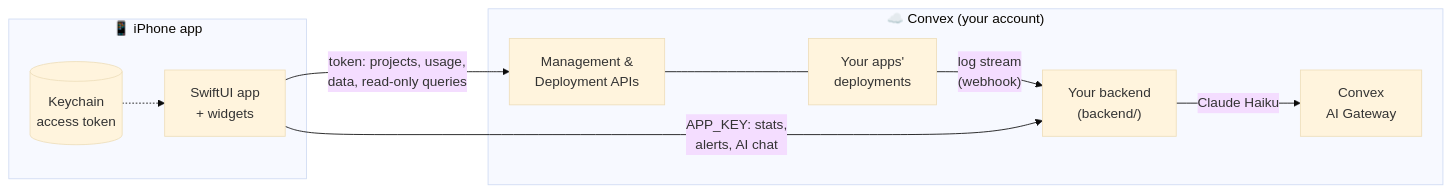
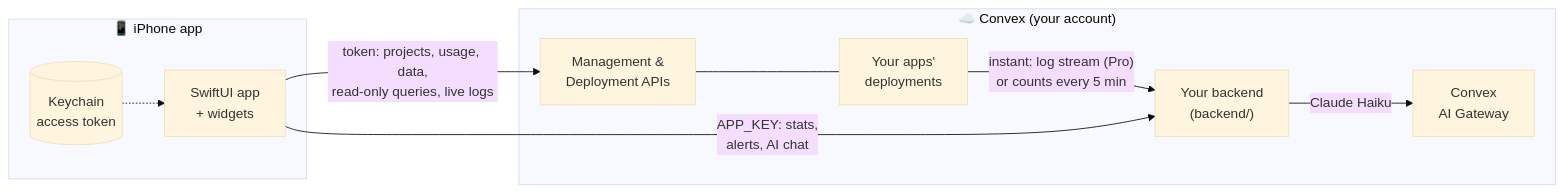
One commit to Jdanielcode1/appstract changed the first of 3 diagrams in README.md. Above: the diagram before and after it, drawn with Mermaid (base theme). The commit also changed other lines of this file and 30 other files, not shown here.

First line of the commit message:
Monitoring on any Convex plan, Live Logs, widget call charts

````diff
--- a/README.md
+++ b/README.md
@@ -11,21 +11,21 @@
 ```mermaid
 flowchart LR
     subgraph Phone["📱 iPhone app"]
         App["SwiftUI app<br/>+ widgets"]
         KC[("Keychain<br/>access token")]
     end
 
     subgraph Convex["☁️ Convex (your account)"]
         API["Management &<br/>Deployment APIs"]
         Apps["Your apps'<br/>deployments"]
         BE["Your backend<br/>(backend/)"]
         GW["Convex<br/>AI Gateway"]
     end
 
     KC -.-> App
-    App -- "token: projects, usage,<br/>data, read-only queries" --> API
+    App -- "token: projects, usage, data,<br/>read-only queries, live logs" --> API
     API --- Apps
-    Apps -- "log stream<br/>(webhook)" --> BE
+    Apps -- "instant: log stream (Pro)<br/>or counts every 5 min" --> BE
     App -- "APP_KEY: stats,<br/>alerts, AI chat" --> BE
     BE -- "Claude Haiku" --> GW
 ```
````
